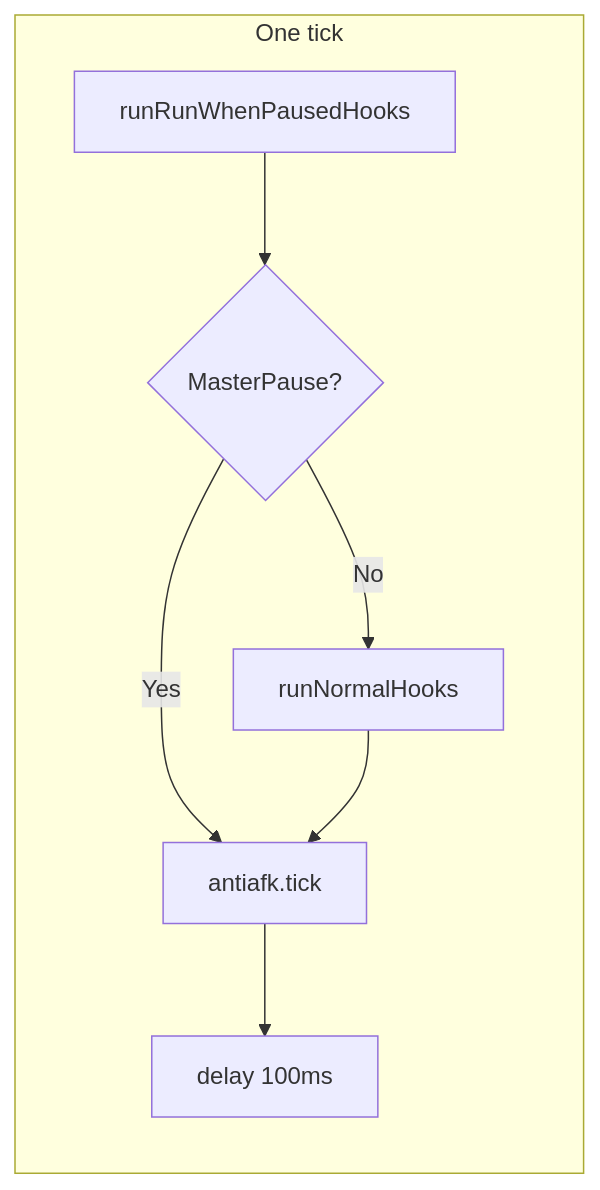
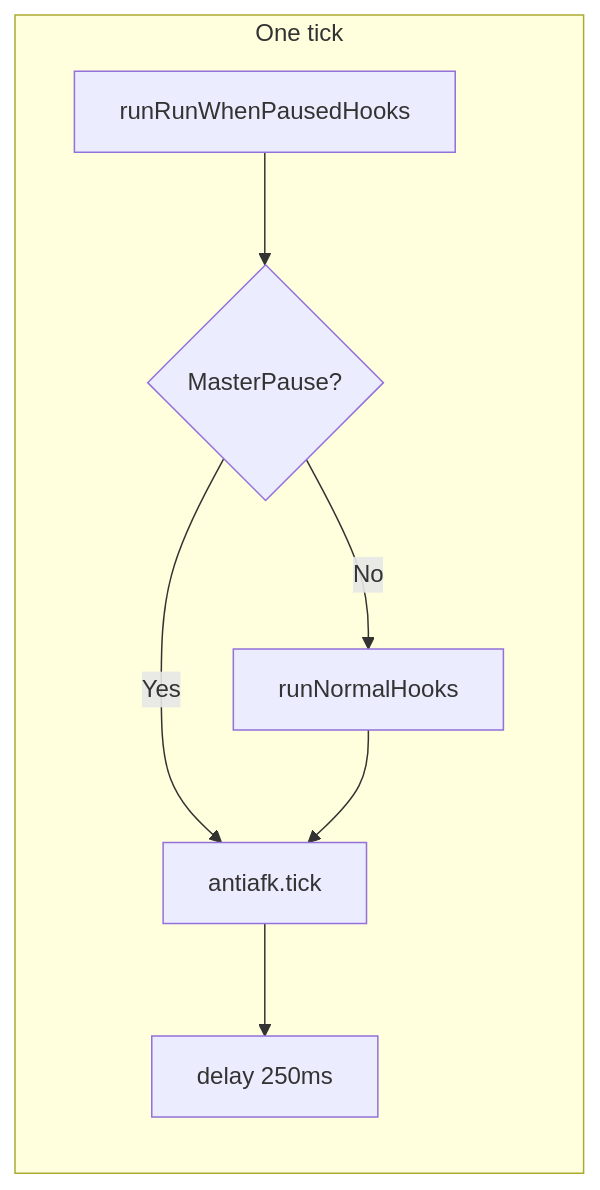
Before and after one commit to Cezero/czbot: the diagram in docs/botlogic/README.md, drawn with Mermaid. The commit also changed other lines of this file and 4 other files, not shown here.

````diff
--- a/docs/botlogic/README.md
+++ b/docs/botlogic/README.md
@@ -13,10 +13,10 @@
 ```mermaid
 flowchart LR
     subgraph tick [One tick]
         A[runRunWhenPausedHooks] --> B{MasterPause?}
         B -->|No| C[runNormalHooks]
         B -->|Yes| D[antiafk.tick]
         C --> D
-        D --> E[delay 100ms]
+        D --> E[delay 250ms]
     end
 ```
````
